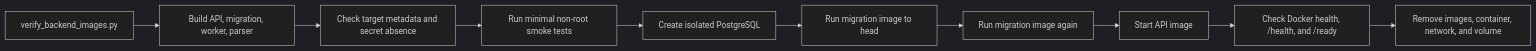
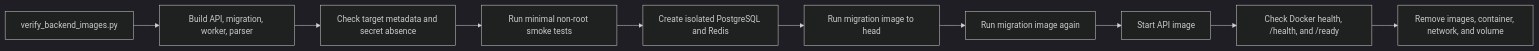
Before and after one commit to rnkraus/investment-research: the ninth of 9 diagrams in backend/scripts/README.md, drawn with Mermaid (dark theme). The commit also changed other lines of this file and 17 other files, not shown here.

````diff
--- a/backend/scripts/README.md
+++ b/backend/scripts/README.md
@@ -245,12 +245,12 @@
 ```mermaid
 flowchart LR
     COMMAND[verify_backend_images.py] --> BUILD[Build API, migration, worker, parser]
     BUILD --> METADATA[Check target metadata and secret absence]
     METADATA --> RUNTIME[Run minimal non-root smoke tests]
-    RUNTIME --> POSTGRES[Create isolated PostgreSQL]
+    RUNTIME --> POSTGRES[Create isolated PostgreSQL and Redis]
     POSTGRES --> MIGRATE[Run migration image to head]
     MIGRATE --> REPEAT[Run migration image again]
     REPEAT --> API[Start API image]
     API --> HEALTH[Check Docker health, /health, and /ready]
     HEALTH --> CLEANUP[Remove images, container, network, and volume]
 ```
````
